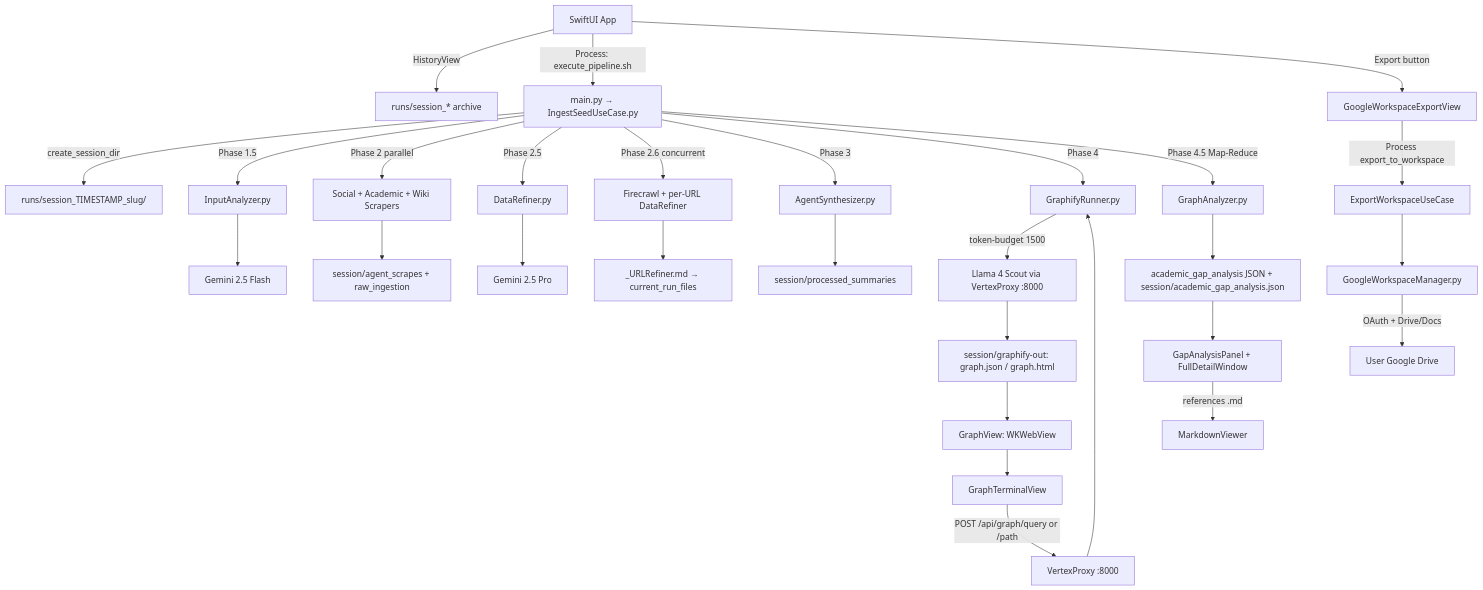
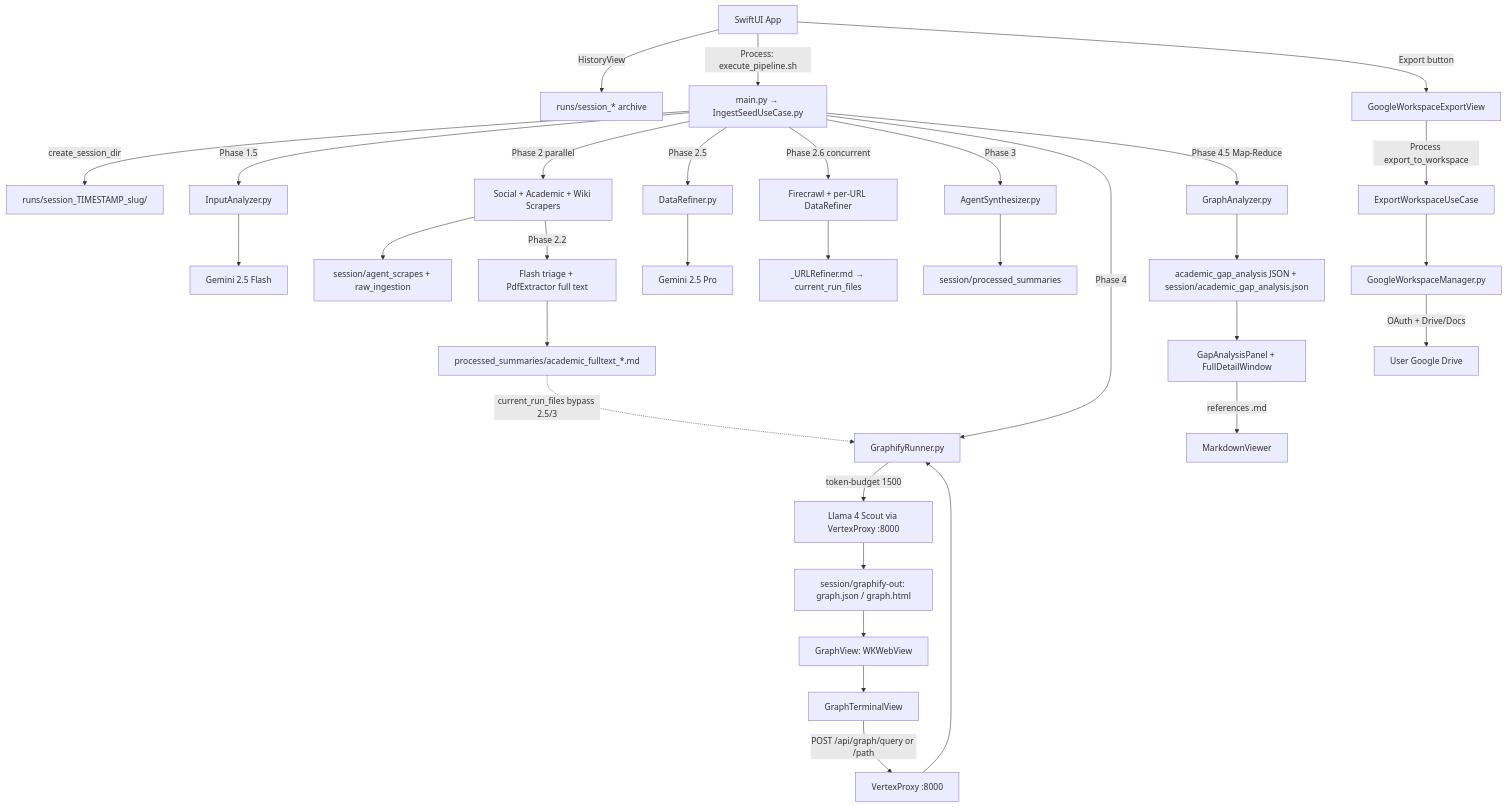
One commit to sethum-VS/ResearchBot changed the diagram in ResearchGraphApp/PROJECT_SPEC.md. Above: the diagram before and after it, drawn with Mermaid. The commit also changed other lines of this file and 10 other files, not shown here.

````diff
--- a/ResearchGraphApp/PROJECT_SPEC.md
+++ b/ResearchGraphApp/PROJECT_SPEC.md
@@ -64,41 +66,44 @@
 ```mermaid
 graph TD
     A[SwiftUI App] -->|HistoryView| H[runs/session_* archive]
     A -->|Process: execute_pipeline.sh| B[main.py → IngestSeedUseCase.py]
     B -->|create_session_dir| S[runs/session_TIMESTAMP_slug/]
 
     B -->|Phase 1.5| C[InputAnalyzer.py]
     C --> D[Gemini 2.5 Flash]
 
     B -->|Phase 2 parallel| E[Social + Academic + Wiki Scrapers]
     E --> F[session/agent_scrapes + raw_ingestion]
+    E -->|Phase 2.2| FT[Flash triage + PdfExtractor full text]
+    FT --> PS[processed_summaries/academic_fulltext_*.md]
 
     B -->|Phase 2.5| G[DataRefiner.py]
     G --> H2[Gemini 2.5 Pro]
 
     B -->|Phase 2.6 concurrent| I[Firecrawl + per-URL DataRefiner]
     I --> J[_URLRefiner.md → current_run_files]
 
     B -->|Phase 3| K[AgentSynthesizer.py]
     K --> L[session/processed_summaries]
 
     B -->|Phase 4| M[GraphifyRunner.py]
+    PS -.->|current_run_files bypass 2.5/3| M
     M -->|token-budget 1500| N[Llama 4 Scout via VertexProxy :8000]
     N --> O[session/graphify-out: graph.json / graph.html]
 
     B -->|Phase 4.5 Map-Reduce| P[GraphAnalyzer.py]
     P --> Q[academic_gap_analysis JSON + session/academic_gap_analysis.json]
 
     O --> V[GraphView: WKWebView]
     Q --> T[GapAnalysisPanel + FullDetailWindow]
     T -->|references .md| U[MarkdownViewer]
 
     V --> GT[GraphTerminalView]
     GT -->|POST /api/graph/query or /path| VP[VertexProxy :8000]
     VP --> M
 
     A -->|Export button| GW[GoogleWorkspaceExportView]
     GW -->|Process export_to_workspace| EX[ExportWorkspaceUseCase]
     EX --> GWM[GoogleWorkspaceManager.py]
     GWM -->|OAuth + Drive/Docs| GD[User Google Drive]
 ```
````
